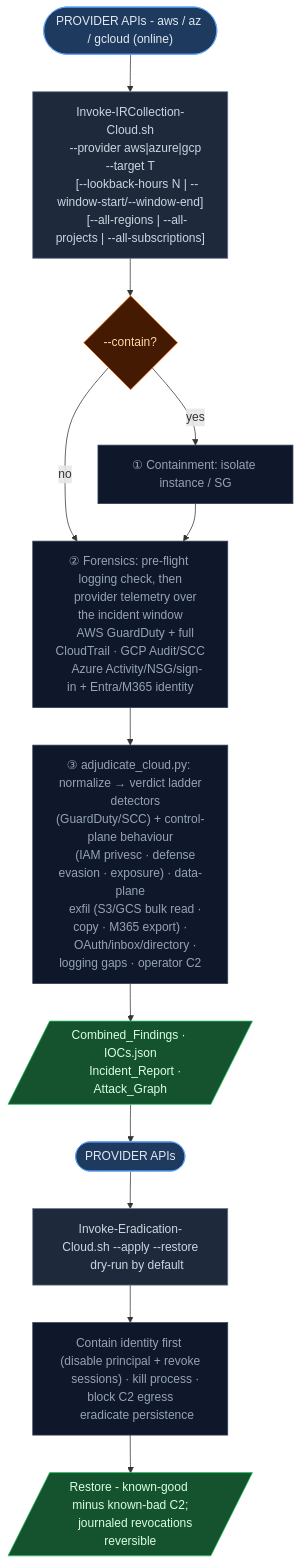
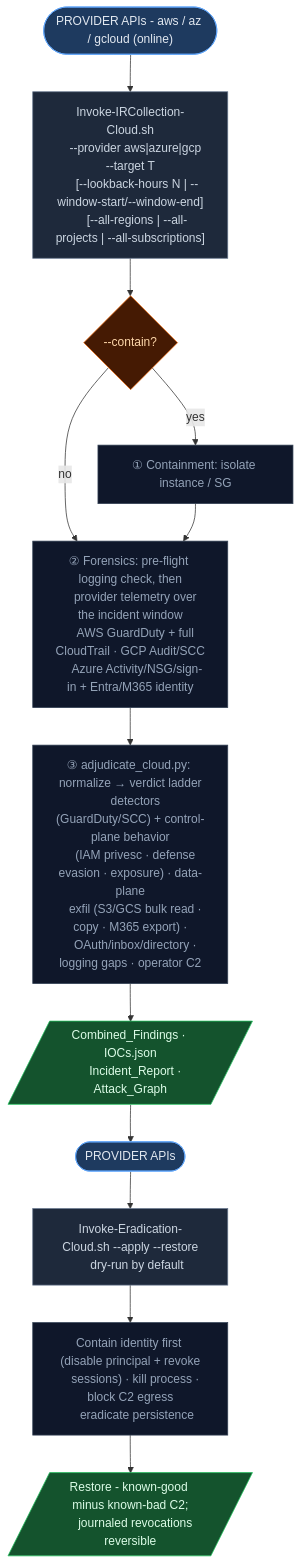
Before and after one commit to robert-iw3/dfir: the diagram in WORKFLOW-CLOUD.md, drawn with Mermaid. The commit also changed other lines of this file and 148 other files, not shown here.

````diff
--- a/WORKFLOW-CLOUD.md
+++ b/WORKFLOW-CLOUD.md
@@ -11,37 +11,37 @@
 ```mermaid
 flowchart TD
     B0(["PROVIDER APIs - aws / az / gcloud (online)"]):::phase
     B0 --> B1["Invoke-IRCollection-Cloud.sh
     --provider aws|azure|gcp --target T
     [--lookback-hours N | --window-start/--window-end]
     [--all-regions | --all-projects | --all-subscriptions]"]:::tool
     B1 --> B2{"--contain?"}:::decision
     B2 -->|yes| B3["① Containment: isolate instance / SG"]:::step
     B2 -->|no| B4
     B3 --> B4["② Forensics: pre-flight logging check, then
     provider telemetry over the incident window
     AWS GuardDuty + full CloudTrail · GCP Audit/SCC
     Azure Activity/NSG/sign-in + Entra/M365 identity"]:::step
     B4 --> B5["③ adjudicate_cloud.py: normalize → verdict ladder
-    detectors (GuardDuty/SCC) + control-plane behaviour
+    detectors (GuardDuty/SCC) + control-plane behavior
     (IAM privesc · defense evasion · exposure) · data-plane
     exfil (S3/GCS bulk read · copy · M365 export) ·
     OAuth/inbox/directory · logging gaps · operator C2"]:::step
     B5 --> B6[/"Combined_Findings · IOCs.json
     Incident_Report · Attack_Graph"/]:::artifact
 
     B6 --> D0(["PROVIDER APIs"]):::phase
     D0 --> D1["Invoke-Eradication-Cloud.sh --apply --restore
     dry-run by default"]:::tool
     D1 --> D2["Contain identity first (disable principal + revoke
     sessions) · kill process · block C2 egress
     eradicate persistence"]:::step
     D2 --> D3[/"Restore - known-good minus known-bad C2;
     journaled revocations reversible"/]:::artifact
 
     classDef phase fill:#1e3a5f,stroke:#60a5fa,color:#e2e8f0,rx:20
     classDef tool  fill:#1e293b,stroke:#64748b,color:#cbd5e1
     classDef step  fill:#0f172a,stroke:#334155,color:#94a3b8
     classDef artifact fill:#14532d,stroke:#22c55e,color:#dcfce7
     classDef decision fill:#451a03,stroke:#f97316,color:#fed7aa
 ```
````
